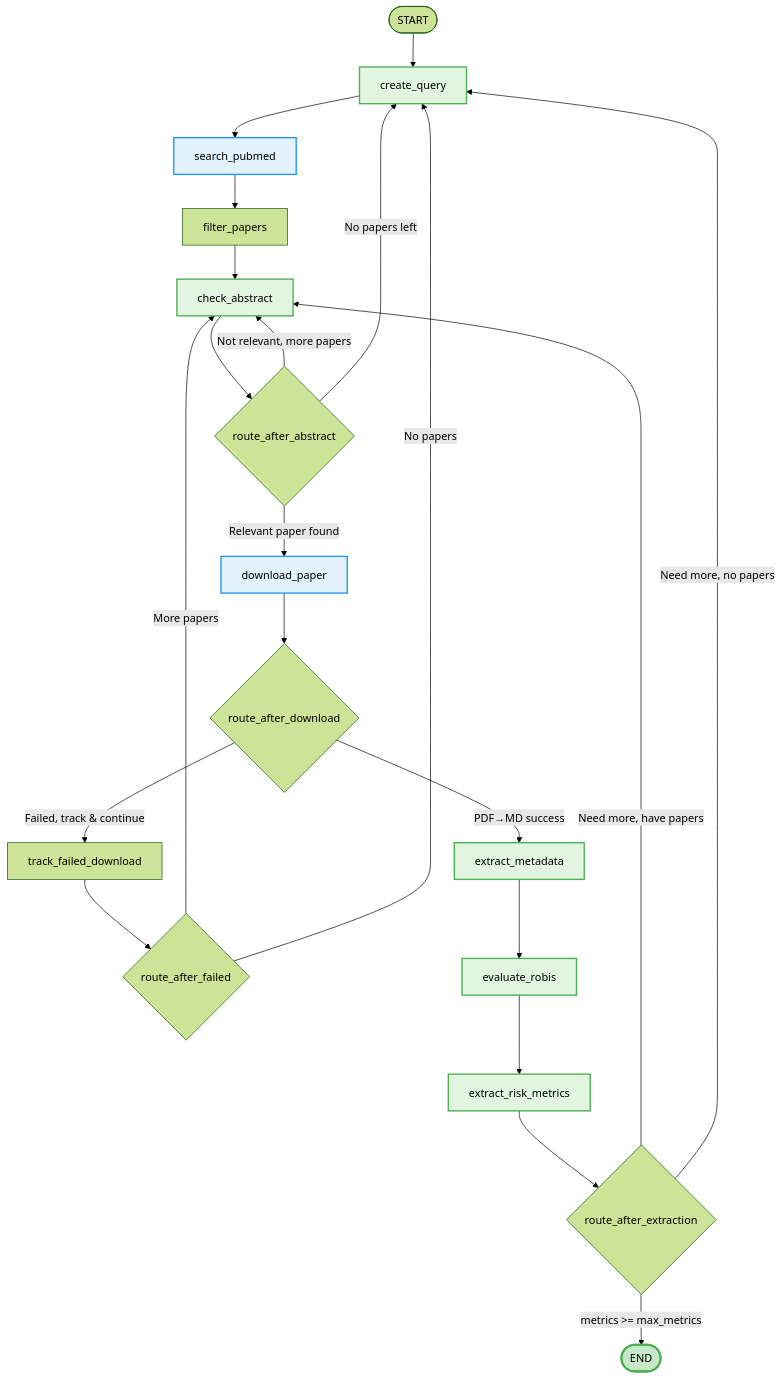
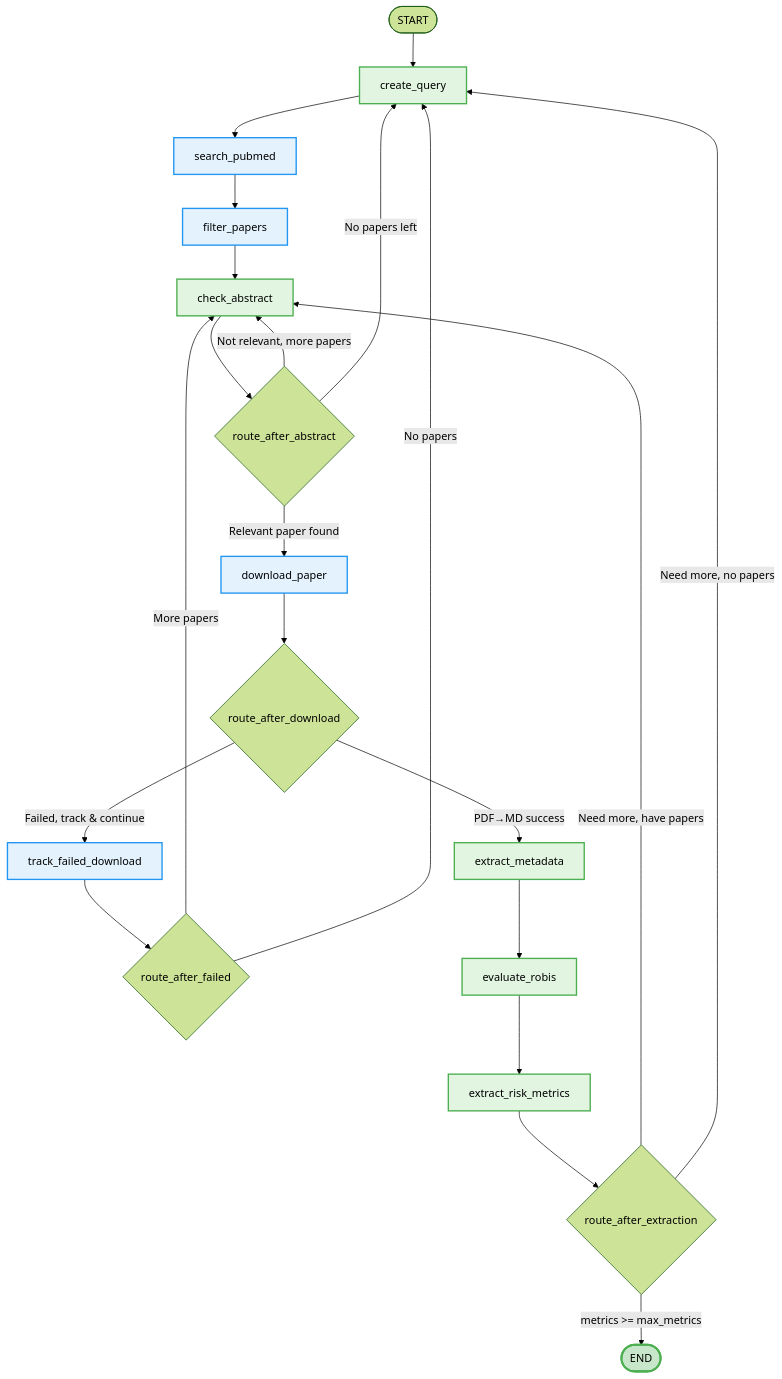
One commit to EliasSchlie/quantifying-the-value-of-delayed-ovarian-aging changed the diagram in README.md. Above: the diagram before and after it, drawn with Mermaid (forest theme). The commit also changed other lines of this file and 3 other files, not shown here.

````diff
--- a/README.md
+++ b/README.md
@@ -73,33 +74,34 @@
 ```mermaid
+
 flowchart TD
     START([START]) --> CQ[create_query]:::ai
-    CQ --> SP[search_pubmed]:::tool
-    SP --> FP[filter_papers]
+    CQ --> SP[search_pubmed]:::deterministic
+    SP --> FP[filter_papers]:::deterministic
     FP --> CA[check_abstract]:::ai
     
     CA --> R1{route_after_abstract}
-    R1 -->|Relevant paper found| DP[download_paper]:::tool
+    R1 -->|Relevant paper found| DP[download_paper]:::deterministic
     R1 -->|Not relevant, more papers| CA
     R1 -->|No papers left| CQ
     
     DP --> R2{route_after_download}
     R2 -->|PDF→MD success| EM[extract_metadata]:::ai
-    R2 -->|Failed, track & continue| TFD[track_failed_download]
+    R2 -->|Failed, track & continue| TFD[track_failed_download]:::deterministic
     
     TFD --> R4{route_after_failed}
     R4 -->|More papers| CA
     R4 -->|No papers| CQ
     
     EM --> ER[evaluate_robis]:::ai
     ER --> EI[extract_risk_metrics]:::ai
     
     EI --> R3{route_after_extraction}
     R3 -->|metrics >= max_metrics| END([END]):::success
     R3 -->|Need more, have papers| CA
     R3 -->|Need more, no papers| CQ
     
     %% Styling
     classDef ai fill:#e1f5e1,stroke:#4caf50,stroke-width:2px
-    classDef tool fill:#e3f2fd,stroke:#2196f3,stroke-width:2px
+    classDef deterministic fill:#e3f2fd,stroke:#2196f3,stroke-width:2px
     classDef success fill:#c8e6c9,stroke:#4caf50,stroke-width:3px
 ```
````
